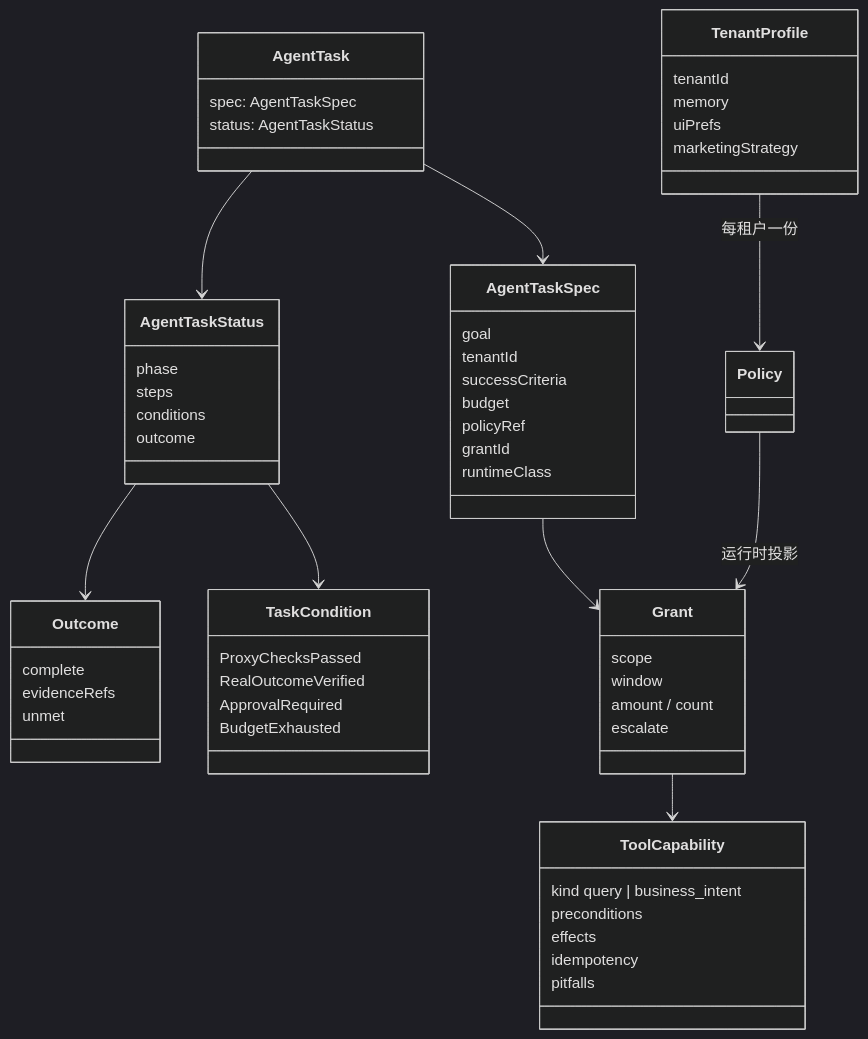
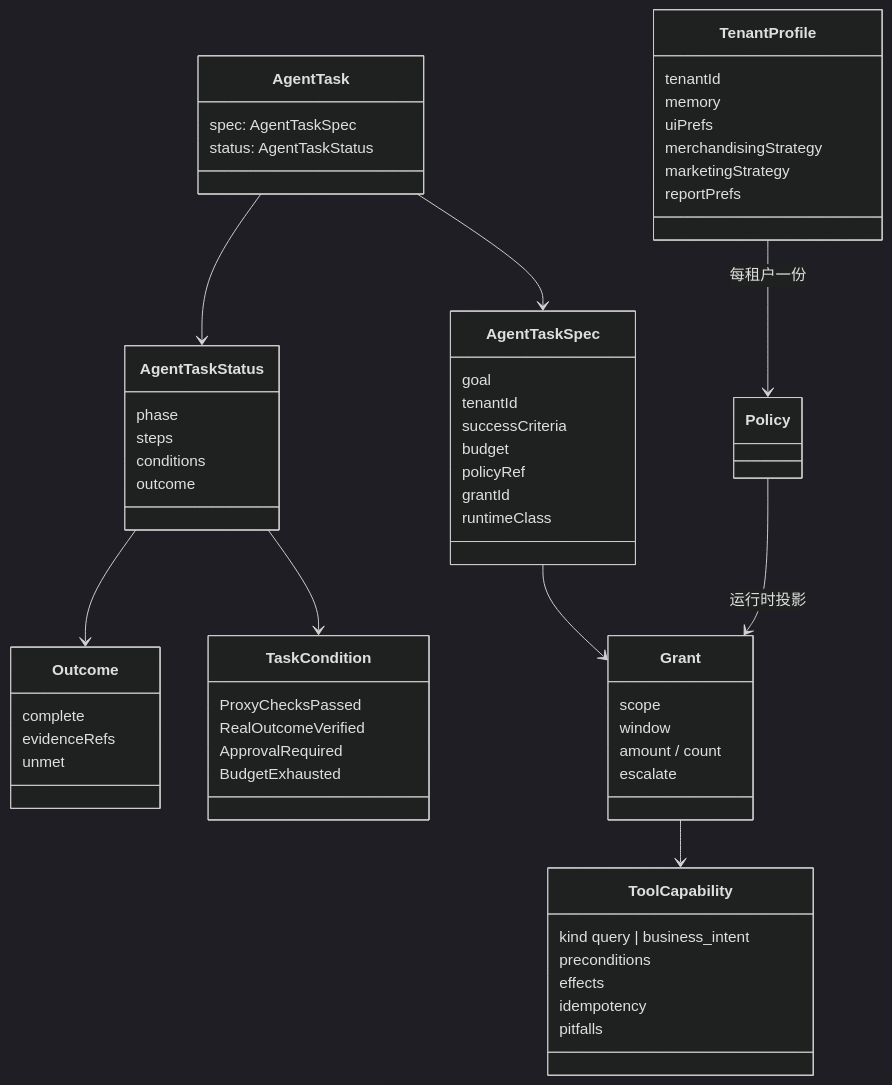
One commit to chengguruchun/idealagent changed the second of 4 diagrams in README.md. Above: the diagram before and after it, drawn with Mermaid (dark theme). The commit also changed other lines of this file and 31 other files, not shown here.

````diff
--- a/README.md
+++ b/README.md
@@ -95,60 +95,62 @@
 ```mermaid
 classDiagram
   class AgentTask {
     spec: AgentTaskSpec
     status: AgentTaskStatus
   }
   class AgentTaskSpec {
     goal
     tenantId
     successCriteria
     budget
     policyRef
     grantId
     runtimeClass
   }
   class AgentTaskStatus {
     phase
     steps
     conditions
     outcome
   }
   class Outcome {
     complete
     evidenceRefs
     unmet
   }
   class TaskCondition {
     ProxyChecksPassed
     RealOutcomeVerified
     ApprovalRequired
     BudgetExhausted
   }
   class TenantProfile {
     tenantId
     memory
     uiPrefs
+    merchandisingStrategy
     marketingStrategy
+    reportPrefs
   }
   class Grant {
     scope
     window
     amount / count
     escalate
   }
   class ToolCapability {
     kind query | business_intent
     preconditions
     effects
     idempotency
     pitfalls
   }
   TenantProfile --> Policy : 每租户一份
   Policy --> Grant : 运行时投影
   AgentTask --> AgentTaskSpec
   AgentTask --> AgentTaskStatus
   AgentTaskStatus --> Outcome
   AgentTaskStatus --> TaskCondition
   AgentTaskSpec --> Grant
   Grant --> ToolCapability
 ```
````
